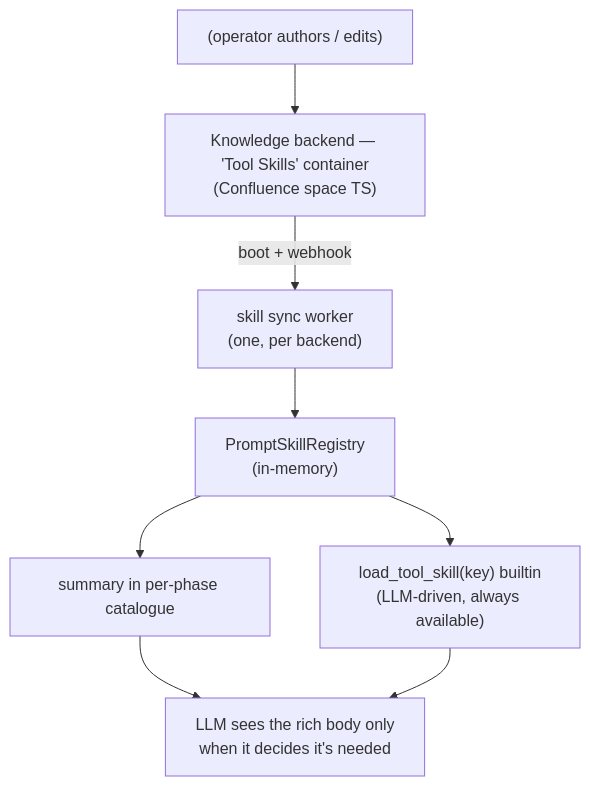
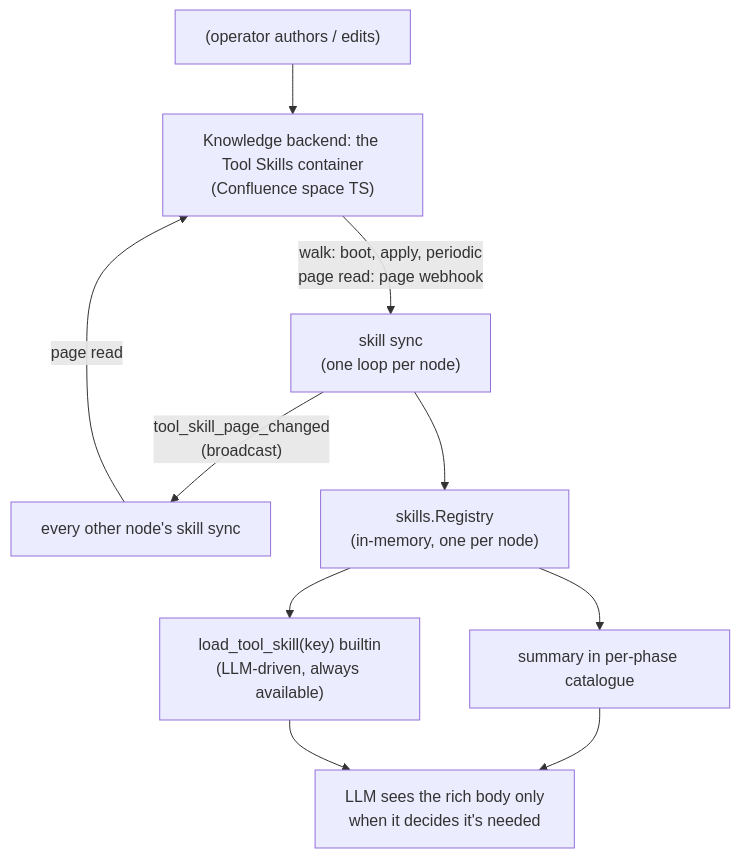
One commit to crewlet/crewlet changed the diagram in docs/concepts/tool-skills.md. Above: the diagram before and after it, drawn with Mermaid. The commit also changed other lines of this file and 30 other files, not shown here.

First line of the commit message:
fix(skills): converge every node's tool-skill registry

````diff
--- a/docs/concepts/tool-skills.md
+++ b/docs/concepts/tool-skills.md
@@ -26,15 +26,18 @@
 ```mermaid
 flowchart TD
     OP["(operator authors / edits)"]
-    KB["Knowledge backend — 'Tool Skills' container<br/>(Confluence space TS)"]
-    SYNC["skill sync worker<br/>(one, per backend)"]
-    REG["PromptSkillRegistry<br/>(in-memory)"]
+    KB["Knowledge backend: the Tool Skills container<br/>(Confluence space TS)"]
+    SYNC["skill sync<br/>(one loop per node)"]
+    PEER["every other node's skill sync"]
+    REG["skills.Registry<br/>(in-memory, one per node)"]
     CAT["summary in per-phase catalogue"]
     LOAD["load_tool_skill(key) builtin<br/>(LLM-driven, always available)"]
     BODY["LLM sees the rich body only<br/>when it decides it's needed"]
     OP --> KB
-    KB -->|"boot + webhook"| SYNC
+    KB -->|"walk: boot, apply, periodic<br/>page read: page webhook"| SYNC
+    SYNC -->|"tool_skill_page_changed<br/>(broadcast)"| PEER
+    PEER -->|"page read"| KB
     SYNC --> REG
     REG --> CAT --> BODY
     REG --> LOAD --> BODY
 ```
````
